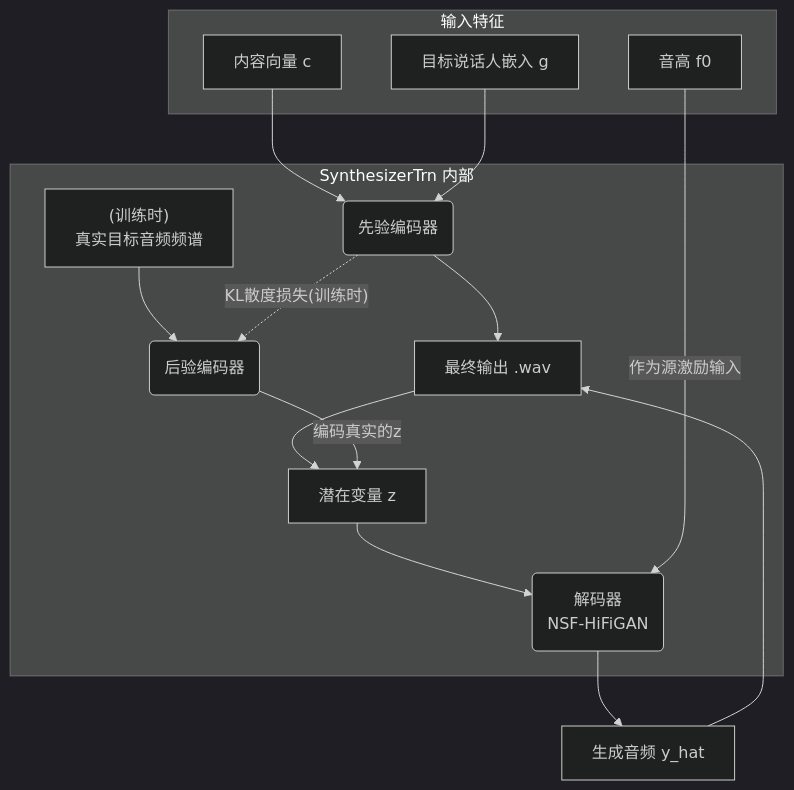
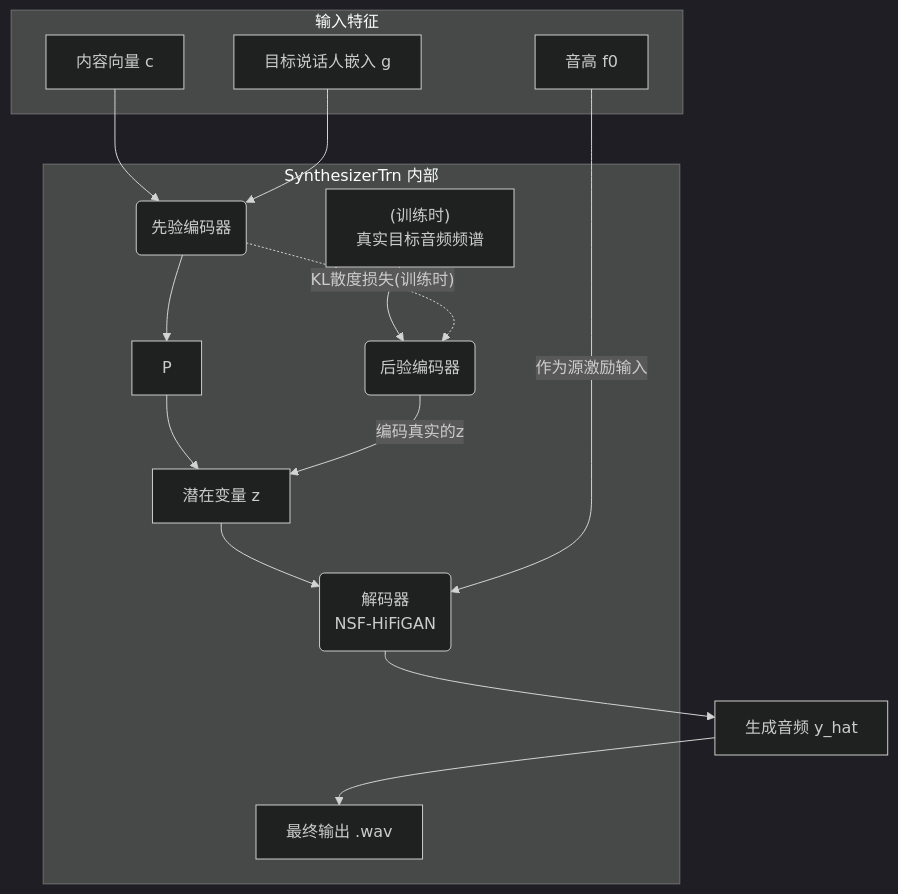
Before and after one commit to liqilun1008/sovitsvrc: the third of 5 diagrams in So-VITS-SVC 4.1 流程图与模型详解.md, drawn with Mermaid (dark theme).

Commit message:
Update So-VITS-SVC 4.1 流程图与模型详解.md

````diff
--- a/So-VITS-SVC 4.1 流程图与模型详解.md
+++ b/So-VITS-SVC 4.1 流程图与模型详解.md
@@ -71,30 +71,30 @@
 ```mermaid
 graph TD
     subgraph "输入特征"
         A[内容向量 c];
         B[音高 f0];
         C[目标说话人嵌入 g];
     end
     
     subgraph "SynthesizerTrn 内部"
         D(先验编码器);
         E(后验编码器);
         F("解码器<br>NSF-HiFiGAN");
         G[潜在变量 z];
         H["(训练时)<br>真实目标音频频谱"];
         L(Normalizing Flows);
 
         A & C --> D;
-        D --> L;
-        L --> G;
+        D --> P;
+        P --> G;
         H --> E;
         E -- "编码真实的z" --> G;
         D -.->|"KL散度损失(训练时)"| E;
 
         G --> F;
         B -- "作为源激励输入" --> F;
     end
     
     F --> I[生成音频 y_hat];
     I --> L[最终输出 .wav];
 ```
````
